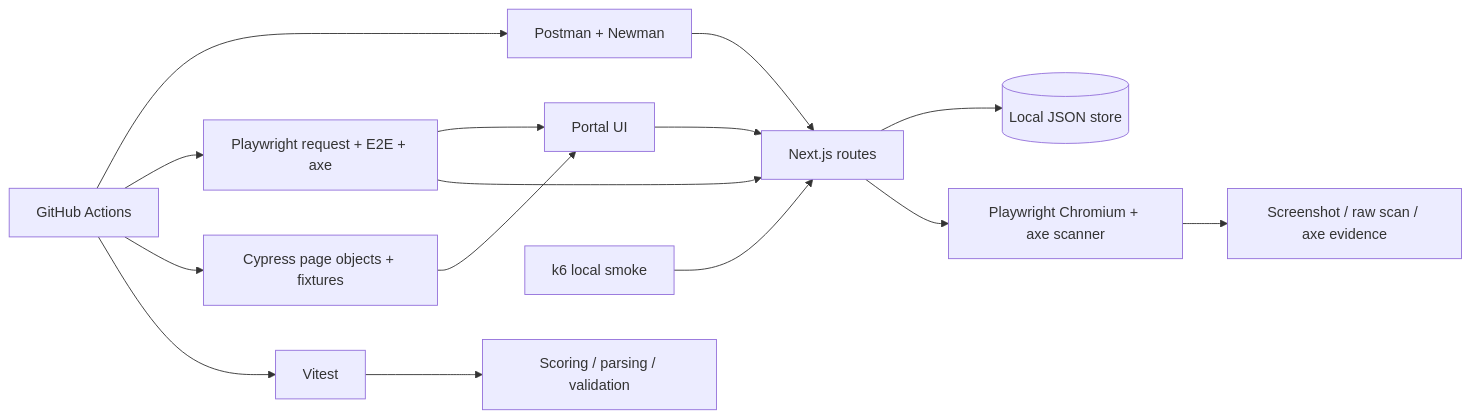
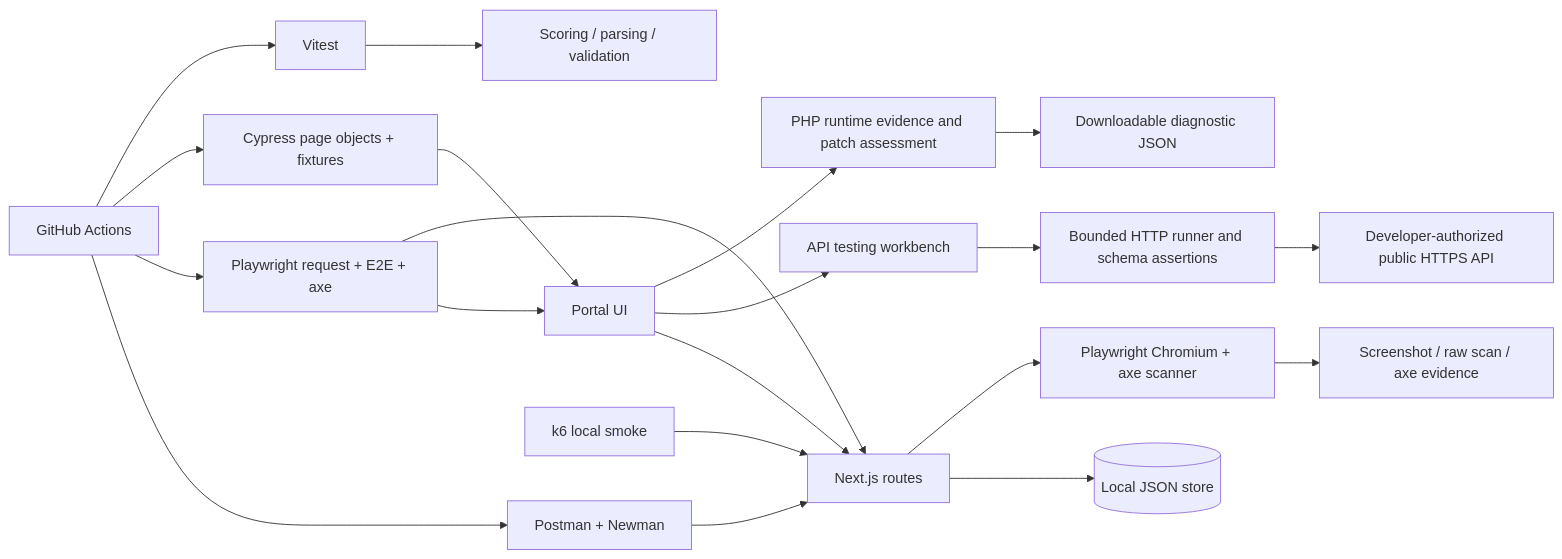
The diagram in README.md (iamnajib71/qa-automation), drawn with Mermaid before and after one commit. The commit also changed other lines of this file and 18 other files, not shown here.

Commit message:
docs: publish verified QA evidence and Gitea regression patch [skip ci]

````diff
--- a/README.md
+++ b/README.md
@@ -54,17 +59,22 @@
 ```mermaid
 flowchart LR
   U[Portal UI] --> N[Next.js routes]
+  U --> T[API testing workbench]
+  T --> R[Bounded HTTP runner and schema assertions]
+  R --> X[Developer-authorized public HTTPS API]
+  U --> H[PHP runtime evidence and patch assessment]
+  H --> J[Downloadable diagnostic JSON]
   N --> D[(Local JSON store)]
   N --> S[Playwright Chromium + axe scanner]
   S --> E[Screenshot / raw scan / axe evidence]
   A[Postman + Newman] --> N
   P[Playwright request + E2E + axe] --> U
   P --> N
   C[Cypress page objects + fixtures] --> U
   V[Vitest] --> F[Scoring / parsing / validation]
   K[k6 local smoke] --> N
   G[GitHub Actions] --> A
   G --> P
   G --> C
   G --> V
 ```
````
